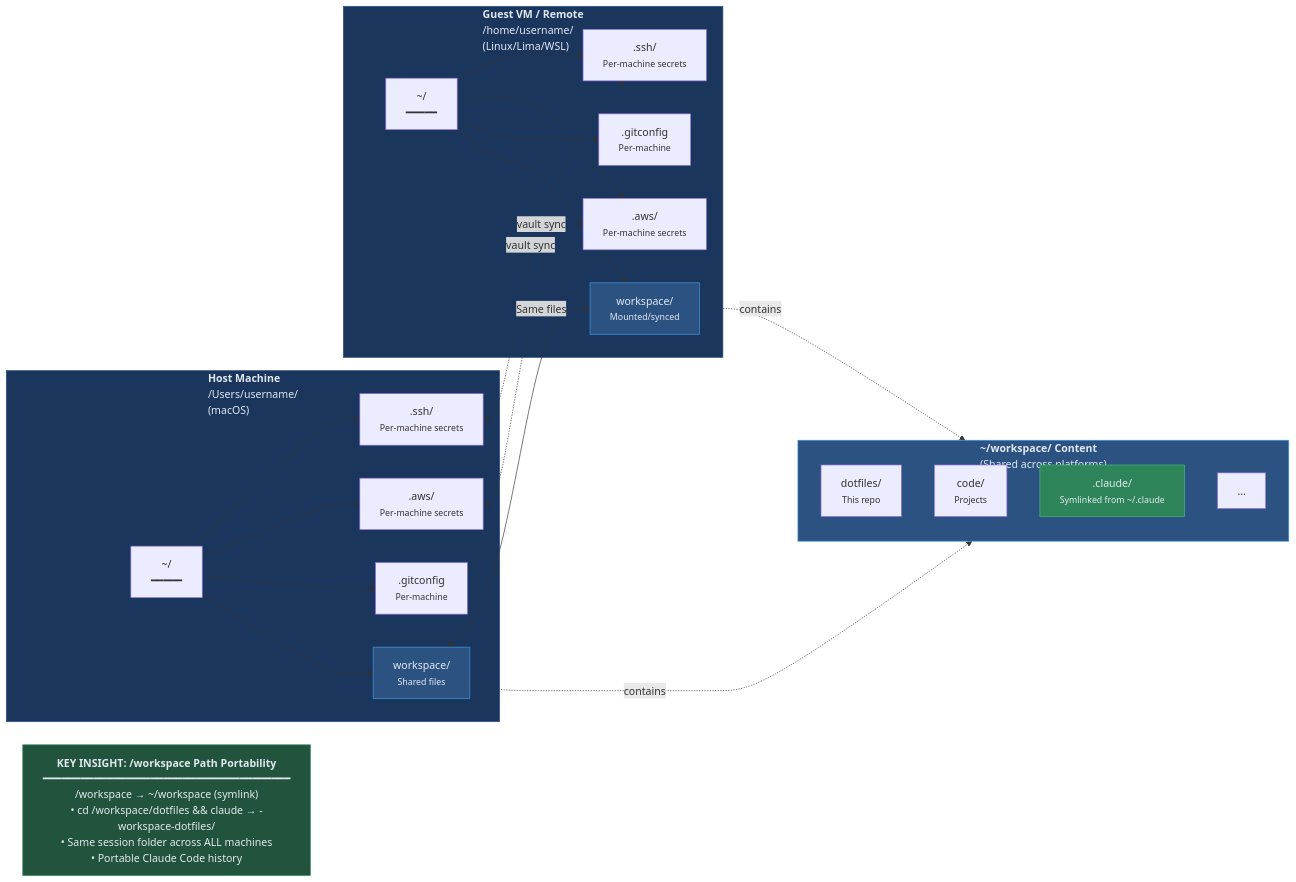
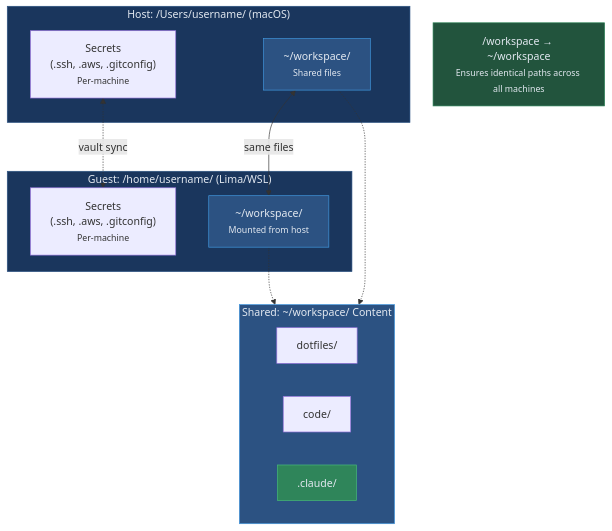
One commit to blackwell-systems/blackdot changed the third of 4 diagrams in docs/README-FULL.md. Above: the diagram before and after it, drawn with Mermaid. The commit also changed other lines of this file, not shown here.

````diff
--- a/docs/README-FULL.md
+++ b/docs/README-FULL.md
@@ -498,52 +498,35 @@
 ```mermaid
-flowchart LR
-    subgraph host["<b>Host Machine</b><br/>/Users/username/<br/>(macOS)"]
-        host_home["~/<br/>━━━━━"]
-        host_ssh[".ssh/<br/><small>Per-machine secrets</small>"]
-        host_aws[".aws/<br/><small>Per-machine secrets</small>"]
-        host_git[".gitconfig<br/><small>Per-machine</small>"]
-        host_workspace["workspace/<br/><small>Shared files</small>"]
-
-        host_home --> host_ssh
-        host_home --> host_aws
-        host_home --> host_git
-        host_home --> host_workspace
+flowchart TB
+    subgraph host["Host: /Users/username/ (macOS)"]
+        h_secrets["Secrets<br/>(.ssh, .aws, .gitconfig)<br/><small>Per-machine</small>"]
+        h_workspace["~/workspace/<br/><small>Shared files</small>"]
     end
 
-    subgraph guest["<b>Guest VM / Remote</b><br/>/home/username/<br/>(Linux/Lima/WSL)"]
-        guest_home["~/<br/>━━━━━"]
-        guest_ssh[".ssh/<br/><small>Per-machine secrets</small>"]
-        guest_aws[".aws/<br/><small>Per-machine secrets</small>"]
-        guest_git[".gitconfig<br/><small>Per-machine</small>"]
-        guest_workspace["workspace/<br/><small>Mounted/synced</small>"]
-
-        guest_home --> guest_ssh
-        guest_home --> guest_aws
-        guest_home --> guest_git
-        guest_home --> guest_workspace
+    subgraph guest["Guest: /home/username/ (Lima/WSL)"]
+        g_secrets["Secrets<br/>(.ssh, .aws, .gitconfig)<br/><small>Per-machine</small>"]
+        g_workspace["~/workspace/<br/><small>Mounted from host</small>"]
     end
 
-    subgraph workspace_content["<b>~/workspace/ Content</b><br/>(Shared across platforms)"]
-        ws_dotfiles["dotfiles/<br/><small>This repo</small>"]
-        ws_code["code/<br/><small>Projects</small>"]
-        ws_claude[".claude/<br/><small>Symlinked from ~/.claude</small>"]
-        ws_more["..."]
+    subgraph shared["Shared: ~/workspace/ Content"]
+        direction LR
+        dotfiles["dotfiles/"]
+        code["code/"]
+        claude[".claude/"]
     end
 
-    host_workspace <-->|"Same files"| guest_workspace
-    host_workspace -.->|contains| workspace_content
-    guest_workspace -.->|contains| workspace_content
+    h_workspace <-->|same files| g_workspace
+    h_workspace -.-> shared
+    g_workspace -.-> shared
 
-    host_ssh <-.->|"vault sync"| guest_ssh
-    host_aws <-.->|"vault sync"| guest_aws
+    h_secrets <-.->|vault sync| g_secrets
 
-    insight["<b>KEY INSIGHT: /workspace Path Portability</b><br/>━━━━━━━━━━━━━━━━━━━━━━━━━━━━━━━━━━━━━━━<br/>/workspace → ~/workspace (symlink)<br/>• cd /workspace/dotfiles && claude → -workspace-dotfiles/<br/>• Same session folder across ALL machines<br/>• Portable Claude Code history"]
+    symlink["/workspace → ~/workspace<br/><small>Ensures identical paths across all machines</small>"]
 
     style host fill:#1a365d,stroke:#2c5282,color:#e2e8f0
     style guest fill:#1a365d,stroke:#2c5282,color:#e2e8f0
-    style workspace_content fill:#2c5282,stroke:#4299e1,color:#e2e8f0
-    style insight fill:#22543d,stroke:#2f855a,color:#e2e8f0
-    style host_workspace fill:#2c5282,stroke:#4299e1,color:#e2e8f0
-    style guest_workspace fill:#2c5282,stroke:#4299e1,color:#e2e8f0
-    style ws_claude fill:#2f855a,stroke:#48bb78,color:#e2e8f0
+    style shared fill:#2c5282,stroke:#4299e1,color:#e2e8f0
+    style symlink fill:#22543d,stroke:#2f855a,color:#e2e8f0
+    style h_workspace fill:#2c5282,stroke:#4299e1,color:#e2e8f0
+    style g_workspace fill:#2c5282,stroke:#4299e1,color:#e2e8f0
+    style claude fill:#2f855a,stroke:#48bb78,color:#e2e8f0
 ```
````
